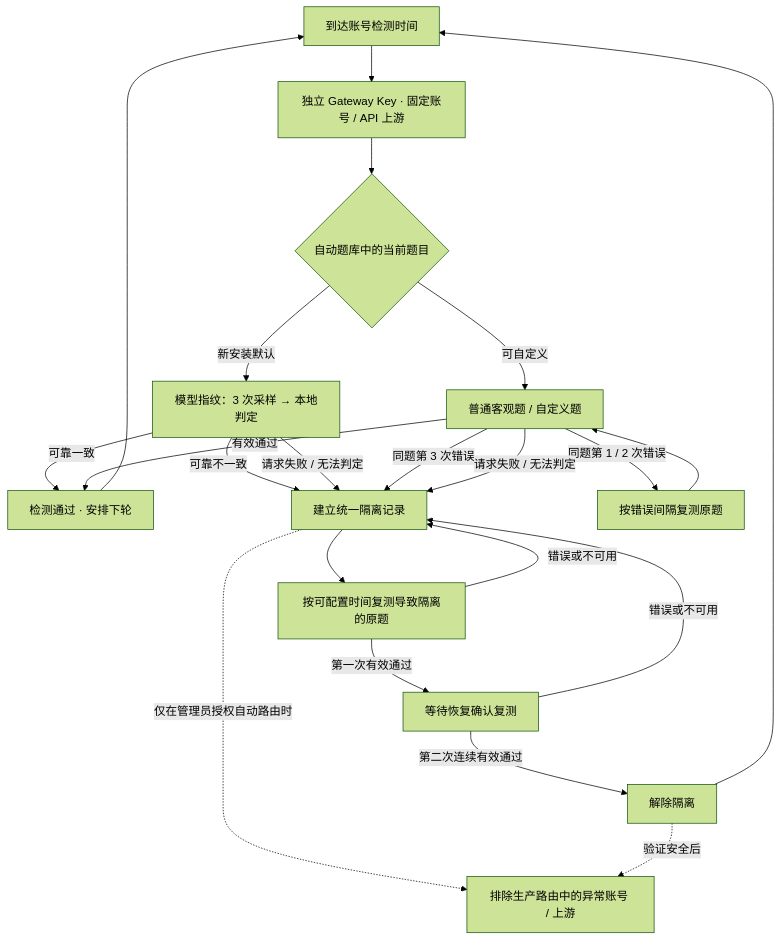
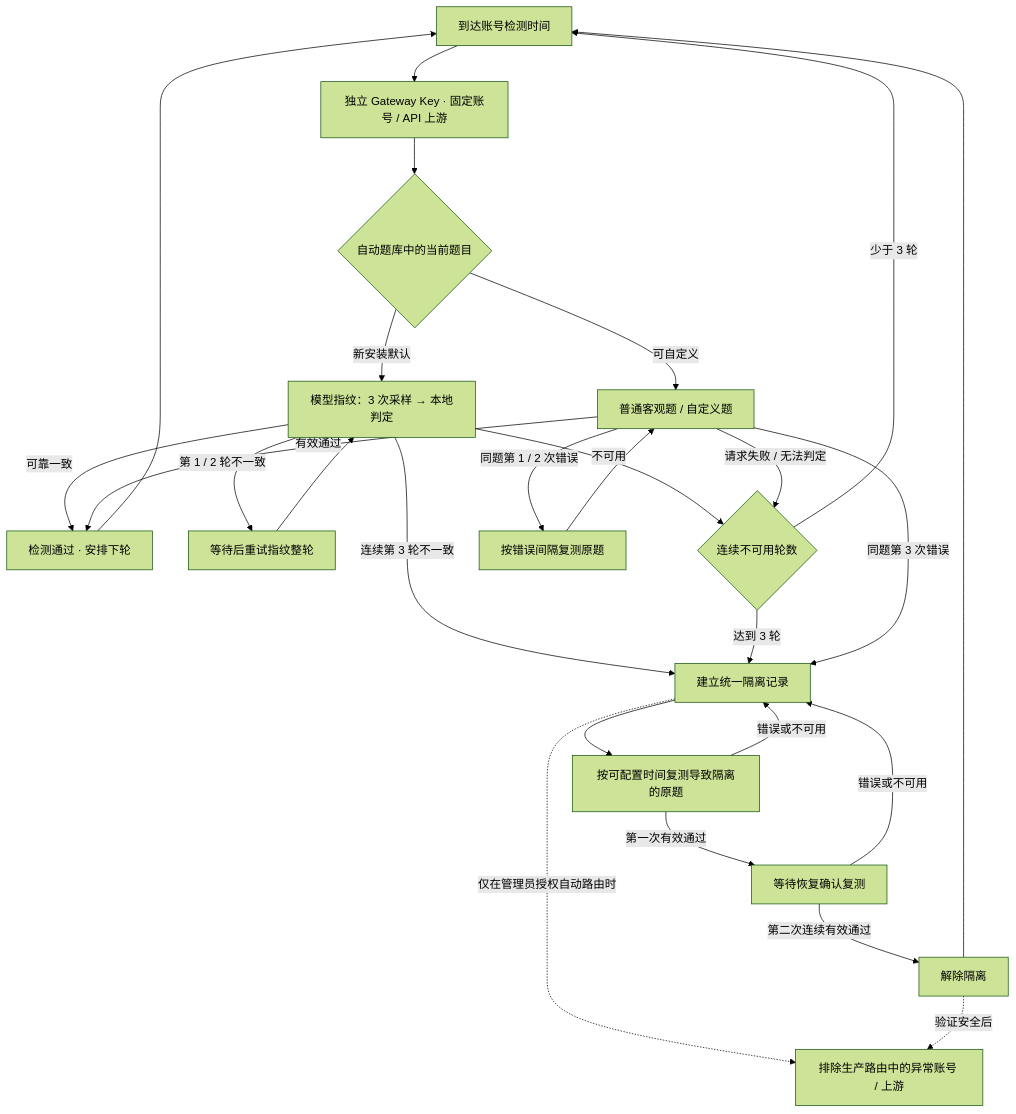
Before and after one commit to Dsd1001/magpie-codex-guard: the diagram in README.md, drawn with Mermaid (forest theme). The commit also changed other lines of this file and 7 other files, not shown here.

````diff
--- a/README.md
+++ b/README.md
@@ -67,24 +67,28 @@
 ```mermaid
 flowchart TD
     A["到达账号检测时间"] --> B["独立 Gateway Key · 固定账号 / API 上游"]
     B --> C{"自动题库中的当前题目"}
     C -->|"新安装默认"| D["模型指纹：3 次采样 → 本地判定"]
     C -->|"可自定义"| E["普通客观题 / 自定义题"]
     D -->|"可靠一致"| OK["检测通过 · 安排下轮"]
-    D -->|"可靠不一致"| H["建立统一隔离记录"]
-    D -->|"请求失败 / 无法判定"| H
+    D -->|"第 1 / 2 轮不一致"| F["等待后重试指纹整轮"]
+    F --> D
+    D -->|"连续第 3 轮不一致"| H["建立统一隔离记录"]
+    D -->|"不可用"| U{"连续不可用轮数"}
+    U -->|"少于 3 轮"| A
+    U -->|"达到 3 轮"| H
     E -->|"有效通过"| OK
     E -->|"同题第 1 / 2 次错误"| RETRY["按错误间隔复测原题"]
     RETRY --> E
     E -->|"同题第 3 次错误"| H
-    E -->|"请求失败 / 无法判定"| H
+    E -->|"请求失败 / 无法判定"| U
     H --> WAIT["按可配置时间复测导致隔离的原题"]
     WAIT -->|"第一次有效通过"| CONFIRM["等待恢复确认复测"]
     CONFIRM -->|"第二次连续有效通过"| RELEASE["解除隔离"]
     WAIT -->|"错误或不可用"| H
     CONFIRM -->|"错误或不可用"| H
     OK --> A
     RELEASE --> A
     H -.->|"仅在管理员授权自动路由时"| ROUTE["排除生产路由中的异常账号 / 上游"]
     RELEASE -.->|"验证安全后"| ROUTE
 ```
````
